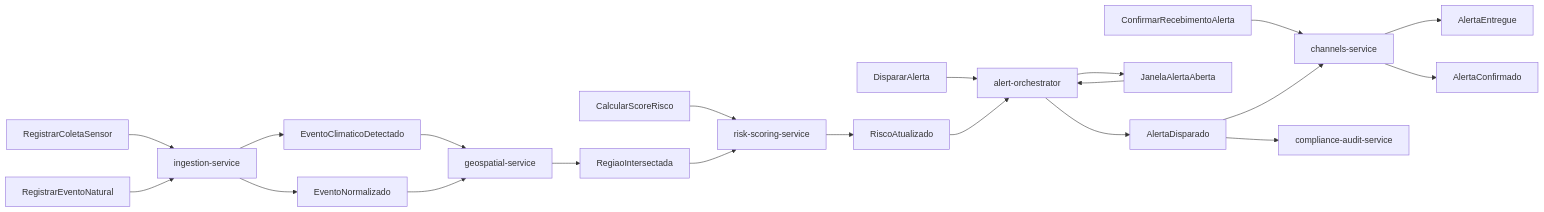
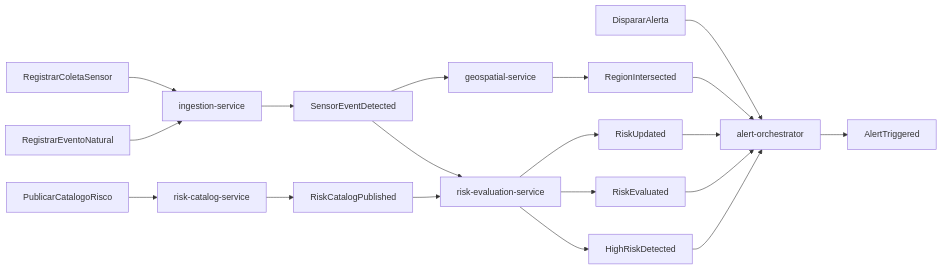
One commit to murilonicemento/sentinel changed the diagram in docs/diagrams/flow-cqrs.mmd. Above: the diagram before and after it, drawn with Mermaid. The commit also changed 4 other files, not shown here.

```diff
--- a/docs/diagrams/flow-cqrs.mmd
+++ b/docs/diagrams/flow-cqrs.mmd
@@ -1,49 +1,44 @@
 graph LR
     %% Commands
     CMD1["RegistrarColetaSensor"]
     CMD2["RegistrarEventoNatural"]
-    CMD3["CalcularScoreRisco"]
+    CMD3["PublicarCatalogoRisco"]
     CMD4["DispararAlerta"]
-    CMD5["ConfirmarRecebimentoAlerta"]
 
     %% Events
-    EVT1["EventoClimaticoDetectado"]
-    EVT2["EventoNormalizado"]
-    EVT3["RegiaoIntersectada"]
-    EVT4["RiscoAtualizado"]
-    EVT5["JanelaAlertaAberta"]
-    EVT6["AlertaDisparado"]
-    EVT7["AlertaEntregue"]
-    EVT8["AlertaConfirmado"]
+    EVT1["SensorEventDetected"]
+    EVT2["RiskCatalogPublished"]
+    EVT3["RegionIntersected"]
+    EVT4["RiskUpdated"]
+    EVT5["RiskEvaluated"]
+    EVT6["HighRiskDetected"]
+    EVT7["AlertTriggered"]
 
     %% Serviços
     IS["ingestion-service"]
     GS["geospatial-service"]
-    RSS["risk-scoring-service"]
+    RCS["risk-catalog-service"]
+    RES["risk-evaluation-service"]
     AO["alert-orchestrator"]
-    CS["channels-service"]
-    CAS["compliance-audit-service"]
 
     %% Fluxo de Commands
     CMD1 --> IS
     CMD2 --> IS
-    CMD3 --> RSS
+    CMD3 --> RCS
     CMD4 --> AO
-    CMD5 --> CS
 
     %% Fluxo de Events
     IS --> EVT1
-    IS --> EVT2
     EVT1 --> GS
-    EVT2 --> GS
+    EVT1 --> RES
+    RCS --> EVT2
+    EVT2 --> RES
     GS --> EVT3
-    EVT3 --> RSS
-    RSS --> EVT4
+    RES --> EVT4
+    RES --> EVT5
+    RES --> EVT6
+    EVT3 --> AO
     EVT4 --> AO
-    AO --> EVT5
     EVT5 --> AO
-    AO --> EVT6
-    EVT6 --> CS
-    CS --> EVT7
-    CS --> EVT8
-    EVT6 --> CAS
+    EVT6 --> AO
+    AO --> EVT7
```
